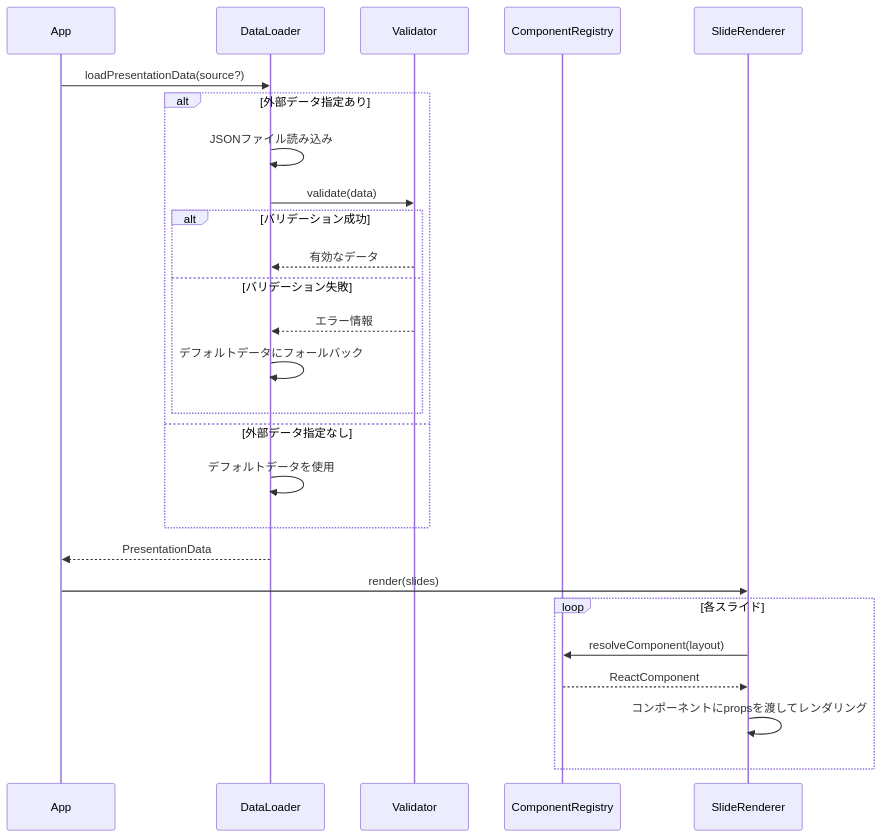
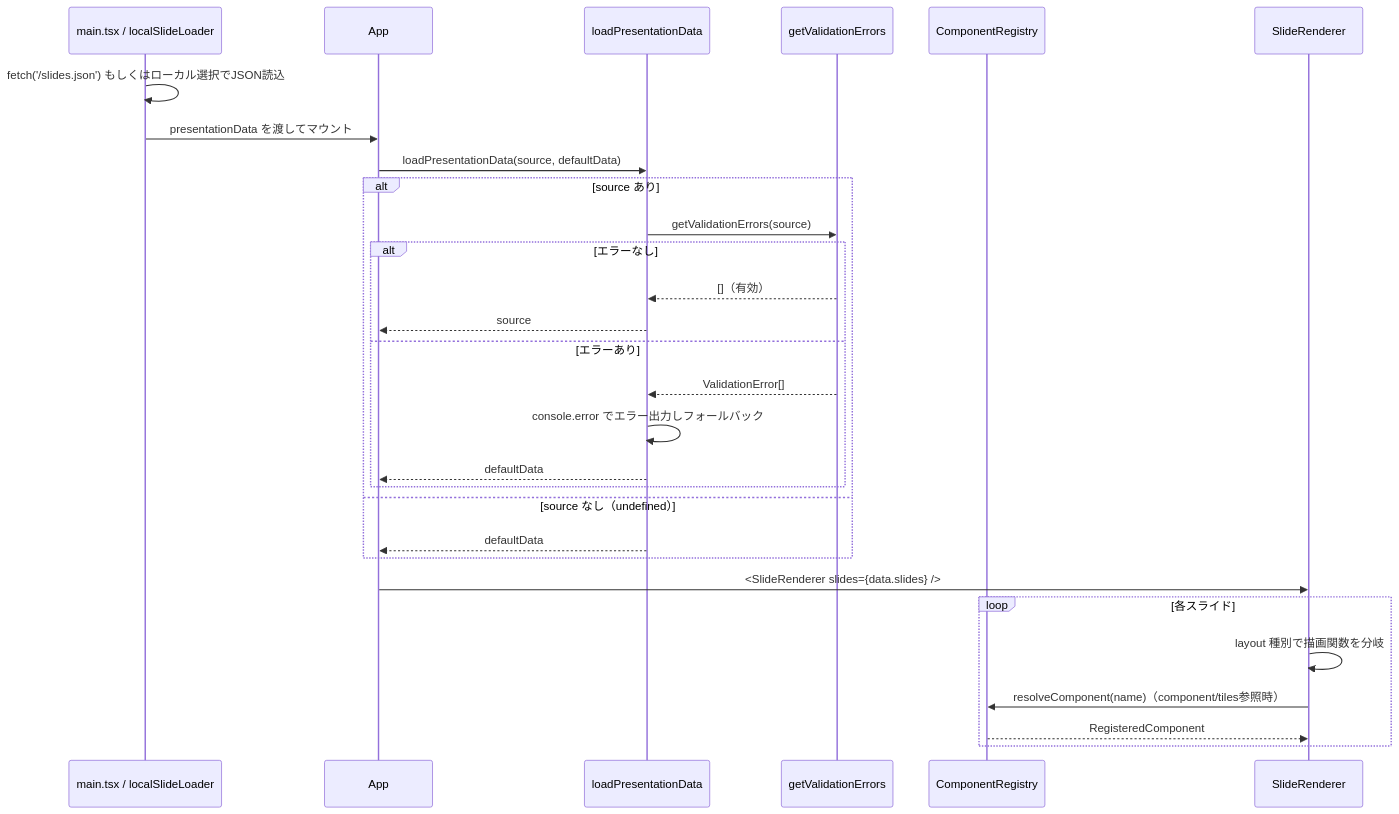
The first of 2 diagrams in .sdd/specification/slide-content-customization_spec.md (ToshikiImagawa/slide-presentation-app), drawn with Mermaid before and after one commit. The commit also changed other lines of this file and 31 other files, not shown here.

````diff
--- a/.sdd/specification/slide-content-customization_spec.md
+++ b/.sdd/specification/slide-content-customization_spec.md
@@ -231,28 +297,31 @@
 ```mermaid
 sequenceDiagram
+    participant Main as main.tsx / localSlideLoader
     participant App as App
-    participant Loader as DataLoader
-    participant Validator as Validator
+    participant Loader as loadPresentationData
+    participant Validator as getValidationErrors
     participant Registry as ComponentRegistry
     participant Renderer as SlideRenderer
-    App ->> Loader: loadPresentationData(source?)
-    alt 外部データ指定あり
-        Loader ->> Loader: JSONファイル読み込み
-        Loader ->> Validator: validate(data)
-        alt バリデーション成功
-            Validator -->> Loader: 有効なデータ
-        else バリデーション失敗
-            Validator -->> Loader: エラー情報
-            Loader ->> Loader: デフォルトデータにフォールバック
+    Main ->> Main: fetch('/slides.json') もしくはローカル選択でJSON読込
+    Main ->> App: presentationData を渡してマウント
+    App ->> Loader: loadPresentationData(source, defaultData)
+    alt source あり
+        Loader ->> Validator: getValidationErrors(source)
+        alt エラーなし
+            Validator -->> Loader: []（有効）
+            Loader -->> App: source
+        else エラーあり
+            Validator -->> Loader: ValidationError[]
+            Loader ->> Loader: console.error でエラー出力しフォールバック
+            Loader -->> App: defaultData
         end
-    else 外部データ指定なし
-        Loader ->> Loader: デフォルトデータを使用
+    else source なし（undefined）
+        Loader -->> App: defaultData
     end
-    Loader -->> App: PresentationData
-    App ->> Renderer: render(slides)
+    App ->> Renderer: <SlideRenderer slides={data.slides} />
     loop 各スライド
-        Renderer ->> Registry: resolveComponent(layout)
-        Registry -->> Renderer: ReactComponent
-        Renderer ->> Renderer: コンポーネントにpropsを渡してレンダリング
+        Renderer ->> Renderer: layout 種別で描画関数を分岐
+        Renderer ->> Registry: resolveComponent(name)（component/tiles参照時）
+        Registry -->> Renderer: RegisteredComponent
     end
 ```
````
